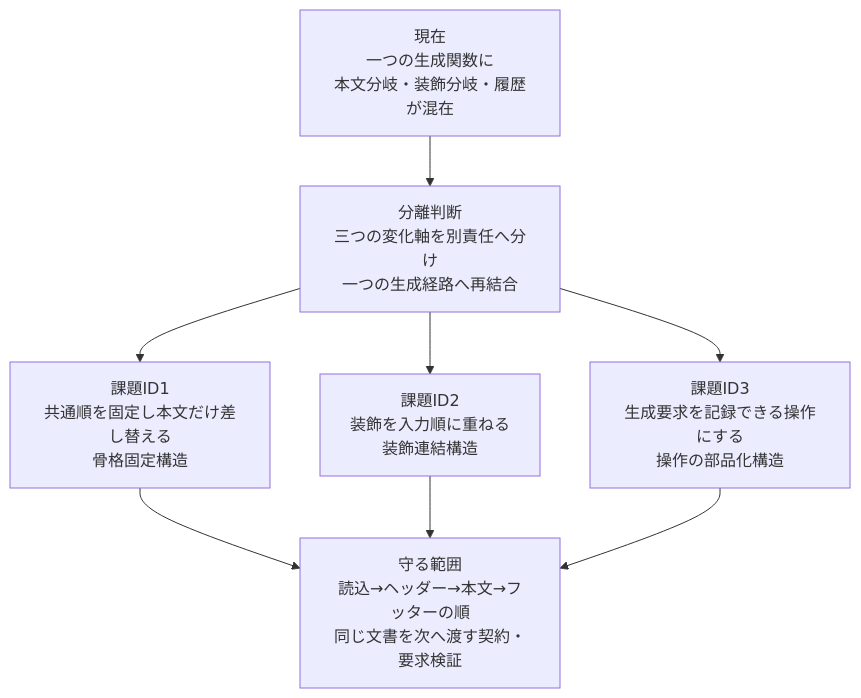
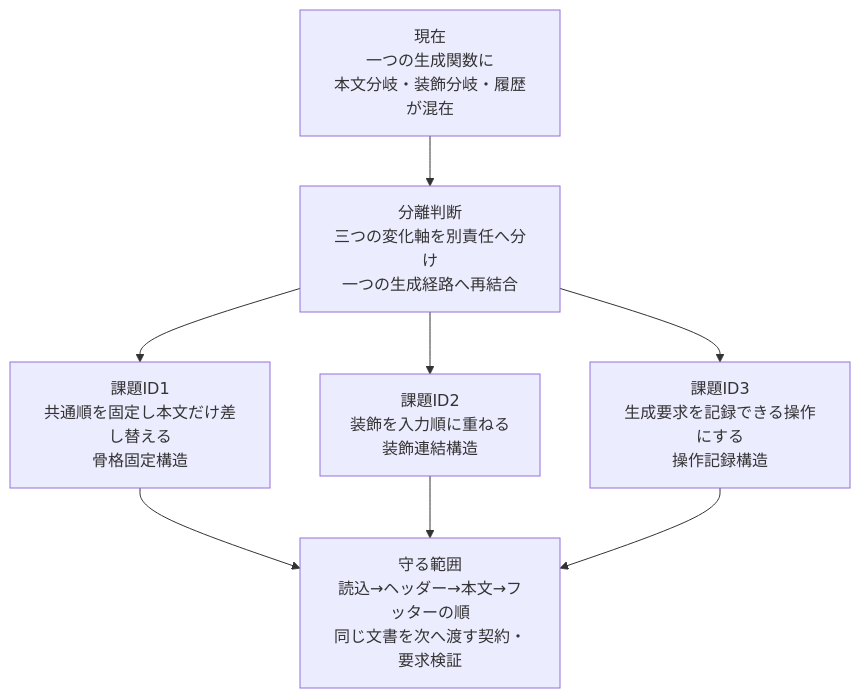
The sixth of 18 diagrams in kindle/design-patterns/output/chapter11.md (kumachan1101-pixel/DesignPattern), drawn with Mermaid before and after one commit. The commit also changed other lines of this file and 28 other files, not shown here.

Commit message:
docs: simplify phase 6 design flow

````diff
--- a/kindle/design-patterns/output/chapter11.md
+++ b/kindle/design-patterns/output/chapter11.md
@@ -1487,10 +1477,10 @@
 ```mermaid
 flowchart TB
     A[現在<br/>一つの生成関数に<br/>本文分岐・装飾分岐・履歴が混在] --> B[分離判断<br/>三つの変化軸を別責任へ分け<br/>一つの生成経路へ再結合]
     B --> C[課題ID1<br/>共通順を固定し本文だけ差し替える<br/>骨格固定構造]
     B --> D[課題ID2<br/>装飾を入力順に重ねる<br/>装飾連結構造]
-    B --> F[課題ID3<br/>生成要求を記録できる操作にする<br/>操作の部品化構造]
+    B --> F[課題ID3<br/>生成要求を記録できる操作にする<br/>操作記録構造]
     C --> E[守る範囲<br/>読込→ヘッダー→本文→フッターの順<br/>同じ文書を次へ渡す契約・要求検証]
     D --> E
     F --> E
 ```
````
